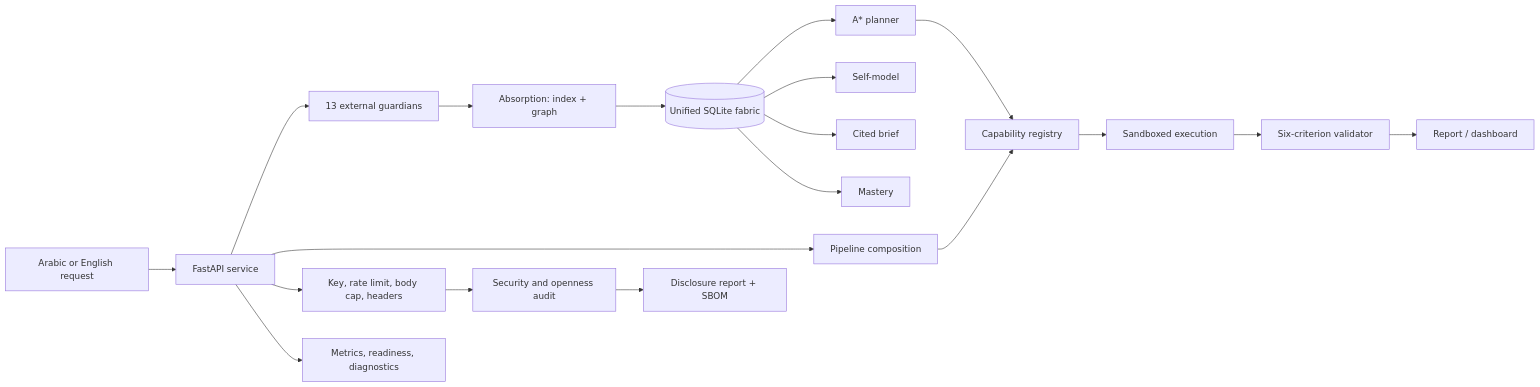
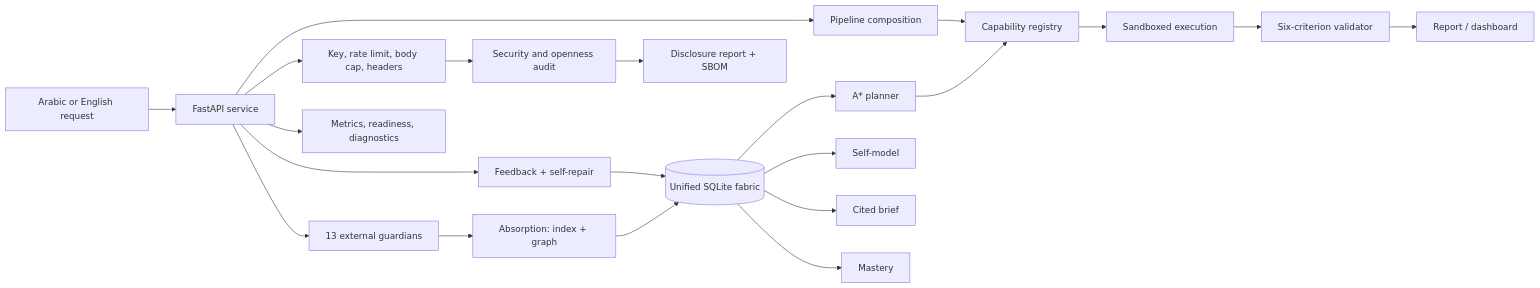
One commit to mansourhashad8-tech/sovereign-fabric changed the diagram in docs/ARCHITECTURE.md. Above: the diagram before and after it, drawn with Mermaid. The commit also changed other lines of this file and 16 other files, not shown here.

First line of the commit message:
Learn from feedback, repair broken built-ins, and expand Arabic queries

````diff
--- a/docs/ARCHITECTURE.md
+++ b/docs/ARCHITECTURE.md
@@ -3,21 +3,23 @@
 ```mermaid
 flowchart LR
   U[Arabic or English request] --> API[FastAPI service]
   API --> G[13 external guardians]
   G --> A[Absorption: index + graph]
   A --> F[(Unified SQLite fabric)]
   F --> P[A* planner]
   P --> C[Capability registry]
   C --> X[Sandboxed execution]
   API --> PL[Pipeline composition]
   PL --> C
   X --> V[Six-criterion validator]
   V --> R[Report / dashboard]
   F --> S[Self-model]
   F --> B[Cited brief]
   F --> M[Mastery]
   API --> GUARD[Key, rate limit, body cap, headers]
   API --> OPS[Metrics, readiness, diagnostics]
+  API --> FB[Feedback + self-repair]
+  FB --> F
   GUARD --> SEC[Security and openness audit]
   SEC --> D[Disclosure report + SBOM]
 ```
````
